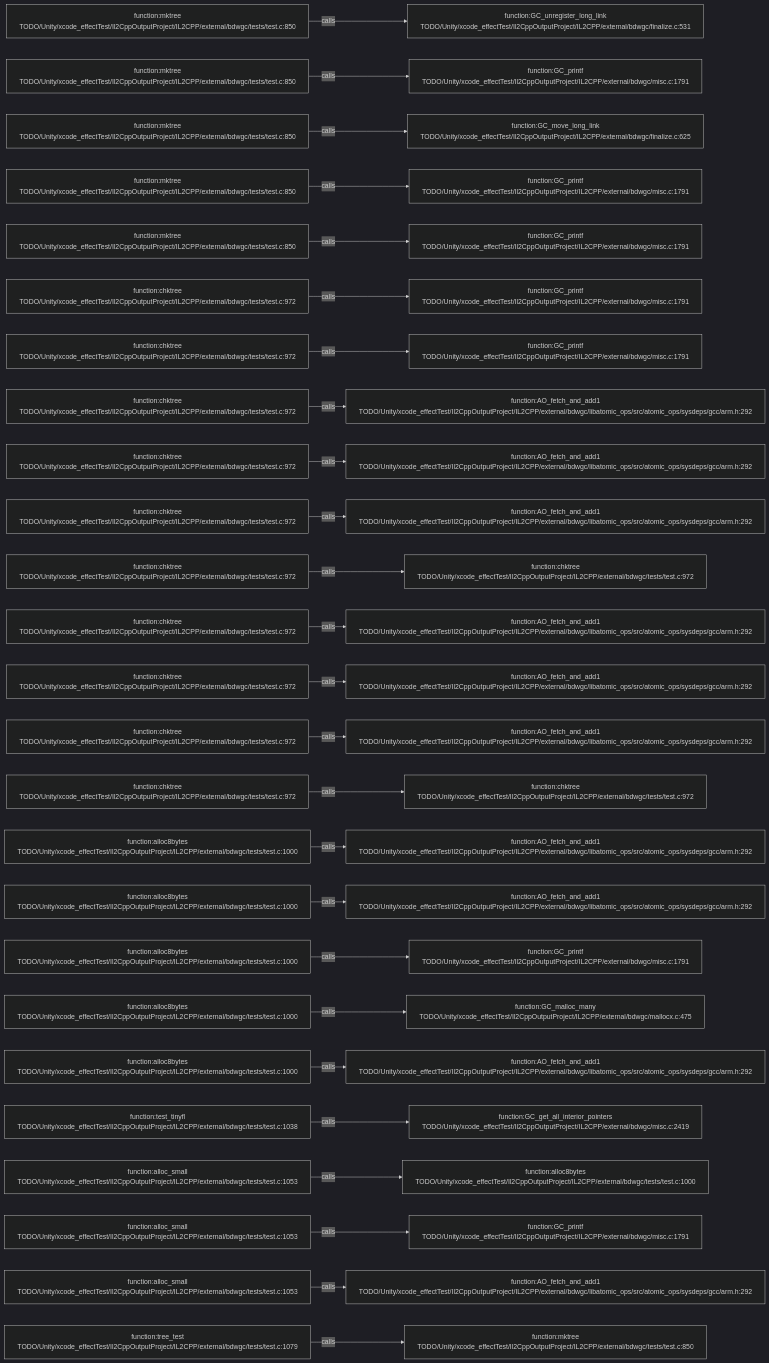
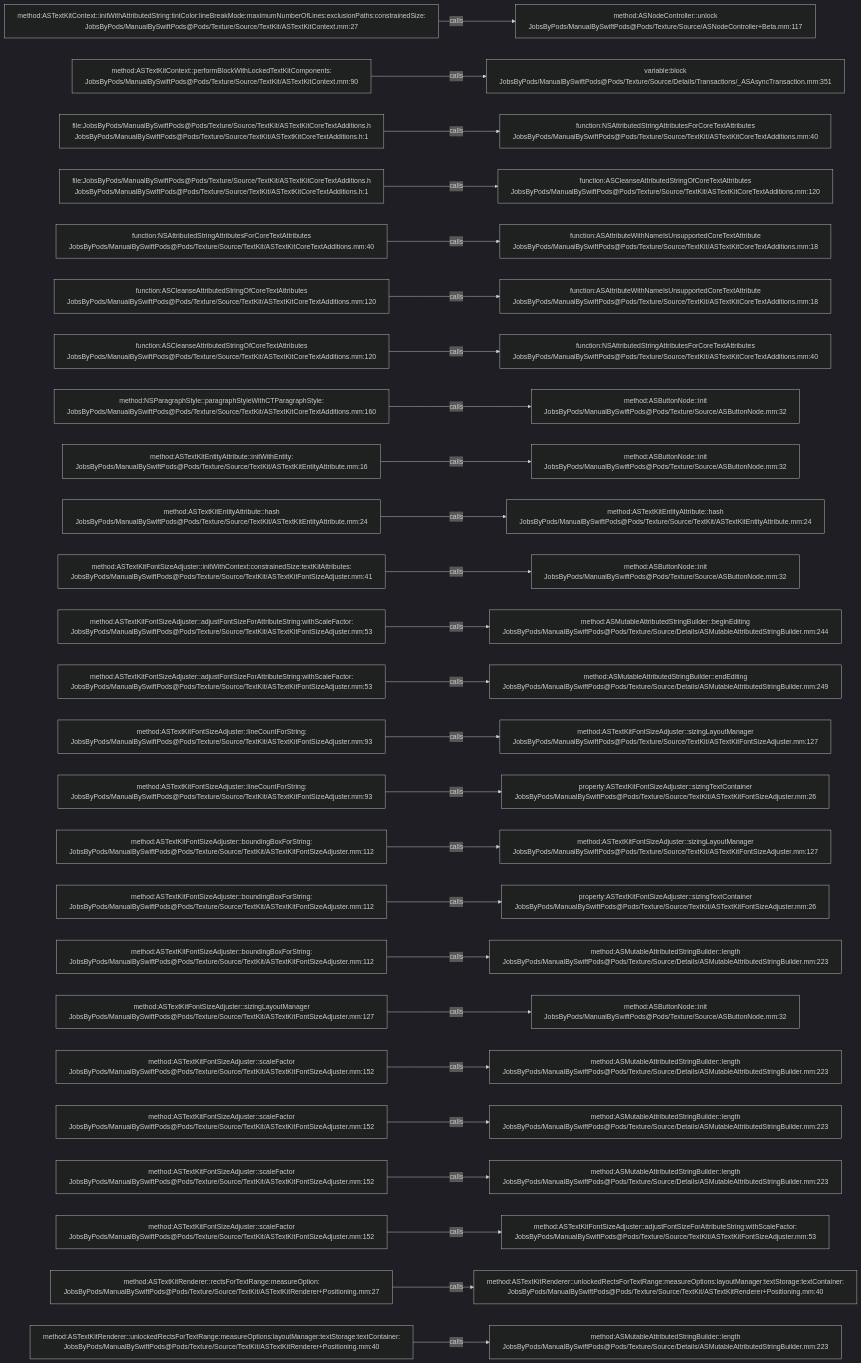
The diagram in .codegraph/codegraph.md/graphs/calls-167.md (JobsKits/JobsSwiftBaseConfigDemo), drawn with Mermaid (dark theme) before and after one commit. The commit also changed 2959 other files, not shown here.

````diff
--- a/.codegraph/codegraph.md/graphs/calls-167.md
+++ b/.codegraph/codegraph.md/graphs/calls-167.md
@@ -13,78 +13,78 @@
 ```mermaid
 flowchart LR
-  S1["function:mktree<br/>TODO/Unity/xcode_effectTest/Il2CppOutputProject/IL2CPP/external/bdwgc/tests/test.c:850"]
-  T1["function:GC_unregister_long_link<br/>TODO/Unity/xcode_effectTest/Il2CppOutputProject/IL2CPP/external/bdwgc/finalize.c:531"]
+  S1["method:ASTextKitContext::initWithAttributedString:tintColor:lineBreakMode:maximumNumberOfLines:exclusionPaths:constrainedSize:<br/>JobsByPods/ManualBySwiftPods@Pods/Texture/Source/TextKit/ASTextKitContext.mm:27"]
+  T1["method:ASNodeController::unlock<br/>JobsByPods/ManualBySwiftPods@Pods/Texture/Source/ASNodeController+Beta.mm:117"]
   S1 -->|calls| T1
-  S2["function:mktree<br/>TODO/Unity/xcode_effectTest/Il2CppOutputProject/IL2CPP/external/bdwgc/tests/test.c:850"]
-  T2["function:GC_printf<br/>TODO/Unity/xcode_effectTest/Il2CppOutputProject/IL2CPP/external/bdwgc/misc.c:1791"]
+  S2["method:ASTextKitContext::performBlockWithLockedTextKitComponents:<br/>JobsByPods/ManualBySwiftPods@Pods/Texture/Source/TextKit/ASTextKitContext.mm:90"]
+  T2["variable:block<br/>JobsByPods/ManualBySwiftPods@Pods/Texture/Source/Details/Transactions/_ASAsyncTransaction.mm:351"]
   S2 -->|calls| T2
-  S3["function:mktree<br/>TODO/Unity/xcode_effectTest/Il2CppOutputProject/IL2CPP/external/bdwgc/tests/test.c:850"]
-  T3["function:GC_move_long_link<br/>TODO/Unity/xcode_effectTest/Il2CppOutputProject/IL2CPP/external/bdwgc/finalize.c:625"]
+  S3["file:JobsByPods/ManualBySwiftPods@Pods/Texture/Source/TextKit/ASTextKitCoreTextAdditions.h<br/>JobsByPods/ManualBySwiftPods@Pods/Texture/Source/TextKit/ASTextKitCoreTextAdditions.h:1"]
+  T3["function:NSAttributedStringAttributesForCoreTextAttributes<br/>JobsByPods/ManualBySwiftPods@Pods/Texture/Source/TextKit/ASTextKitCoreTextAdditions.mm:40"]
   S3 -->|calls| T3
-  S4["function:mktree<br/>TODO/Unity/xcode_effectTest/Il2CppOutputProject/IL2CPP/external/bdwgc/tests/test.c:850"]
-  T4["function:GC_printf<br/>TODO/Unity/xcode_effectTest/Il2CppOutputProject/IL2CPP/external/bdwgc/misc.c:1791"]
+  S4["file:JobsByPods/ManualBySwiftPods@Pods/Texture/Source/TextKit/ASTextKitCoreTextAdditions.h<br/>JobsByPods/ManualBySwiftPods@Pods/Texture/Source/TextKit/ASTextKitCoreTextAdditions.h:1"]
+  T4["function:ASCleanseAttributedStringOfCoreTextAttributes<br/>JobsByPods/ManualBySwiftPods@Pods/Texture/Source/TextKit/ASTextKitCoreTextAdditions.mm:120"]
   S4 -->|calls| T4
-  S5["function:mktree<br/>TODO/Unity/xcode_effectTest/Il2CppOutputProject/IL2CPP/external/bdwgc/tests/test.c:850"]
-  T5["function:GC_printf<br/>TODO/Unity/xcode_effectTest/Il2CppOutputProject/IL2CPP/external/bdwgc/misc.c:1791"]
+  S5["function:NSAttributedStringAttributesForCoreTextAttributes<br/>JobsByPods/ManualBySwiftPods@Pods/Texture/Source/TextKit/ASTextKitCoreTextAdditions.mm:40"]
+  T5["function:ASAttributeWithNameIsUnsupportedCoreTextAttribute<br/>JobsByPods/ManualBySwiftPods@Pods/Texture/Source/TextKit/ASTextKitCoreTextAdditions.mm:18"]
   S5 -->|calls| T5
-  S6["function:chktree<br/>TODO/Unity/xcode_effectTest/Il2CppOutputProject/IL2CPP/external/bdwgc/tests/test.c:972"]
-  T6["function:GC_printf<br/>TODO/Unity/xcode_effectTest/Il2CppOutputProject/IL2CPP/external/bdwgc/misc.c:1791"]
+  S6["function:ASCleanseAttributedStringOfCoreTextAttributes<br/>JobsByPods/ManualBySwiftPods@Pods/Texture/Source/TextKit/ASTextKitCoreTextAdditions.mm:120"]
+  T6["function:ASAttributeWithNameIsUnsupportedCoreTextAttribute<br/>JobsByPods/ManualBySwiftPods@Pods/Texture/Source/TextKit/ASTextKitCoreTextAdditions.mm:18"]
   S6 -->|calls| T6
-  S7["function:chktree<br/>TODO/Unity/xcode_effectTest/Il2CppOutputProject/IL2CPP/external/bdwgc/tests/test.c:972"]
-  T7["function:GC_printf<br/>TODO/Unity/xcode_effectTest/Il2CppOutputProject/IL2CPP/external/bdwgc/misc.c:1791"]
+  S7["function:ASCleanseAttributedStringOfCoreTextAttributes<br/>JobsByPods/ManualBySwiftPods@Pods/Texture/Source/TextKit/ASTextKitCoreTextAdditions.mm:120"]
+  T7["function:NSAttributedStringAttributesForCoreTextAttributes<br/>JobsByPods/ManualBySwiftPods@Pods/Texture/Source/TextKit/ASTextKitCoreTextAdditions.mm:40"]
   S7 -->|calls| T7
-  S8["function:chktree<br/>TODO/Unity/xcode_effectTest/Il2CppOutputProject/IL2CPP/external/bdwgc/tests/test.c:972"]
-  T8["function:AO_fetch_and_add1<br/>TODO/Unity/xcode_effectTest/Il2CppOutputProject/IL2CPP/external/bdwgc/libatomic_ops/src/atomic_ops/sysdeps/gcc/arm.h:292"]
+  S8["method:NSParagraphStyle::paragraphStyleWithCTParagraphStyle:<br/>JobsByPods/ManualBySwiftPods@Pods/Texture/Source/TextKit/ASTextKitCoreTextAdditions.mm:160"]
+  T8["method:ASButtonNode::init<br/>JobsByPods/ManualBySwiftPods@Pods/Texture/Source/ASButtonNode.mm:32"]
   S8 -->|calls| T8
-  S9["function:chktree<br/>TODO/Unity/xcode_effectTest/Il2CppOutputProject/IL2CPP/external/bdwgc/tests/test.c:972"]
-  T9["function:AO_fetch_and_add1<br/>TODO/Unity/xcode_effectTest/Il2CppOutputProject/IL2CPP/external/bdwgc/libatomic_ops/src/atomic_ops/sysdeps/gcc/arm.h:292"]
+  S9["method:ASTextKitEntityAttribute::initWithEntity:<br/>JobsByPods/ManualBySwiftPods@Pods/Texture/Source/TextKit/ASTextKitEntityAttribute.mm:16"]
+  T9["method:ASButtonNode::init<br/>JobsByPods/ManualBySwiftPods@Pods/Texture/Source/ASButtonNode.mm:32"]
   S9 -->|calls| T9
-  S10["function:chktree<br/>TODO/Unity/xcode_effectTest/Il2CppOutputProject/IL2CPP/external/bdwgc/tests/test.c:972"]
-  T10["function:AO_fetch_and_add1<br/>TODO/Unity/xcode_effectTest/Il2CppOutputProject/IL2CPP/external/bdwgc/libatomic_ops/src/atomic_ops/sysdeps/gcc/arm.h:292"]
+  S10["method:ASTextKitEntityAttribute::hash<br/>JobsByPods/ManualBySwiftPods@Pods/Texture/Source/TextKit/ASTextKitEntityAttribute.mm:24"]
+  T10["method:ASTextKitEntityAttribute::hash<br/>JobsByPods/ManualBySwiftPods@Pods/Texture/Source/TextKit/ASTextKitEntityAttribute.mm:24"]
   S10 -->|calls| T10
-  S11["function:chktree<br/>TODO/Unity/xcode_effectTest/Il2CppOutputProject/IL2CPP/external/bdwgc/tests/test.c:972"]
-  T11["function:chktree<br/>TODO/Unity/xcode_effectTest/Il2CppOutputProject/IL2CPP/external/bdwgc/tests/test.c:972"]
+  S11["method:ASTextKitFontSizeAdjuster::initWithContext:constrainedSize:textKitAttributes:<br/>JobsByPods/ManualBySwiftPods@Pods/Texture/Source/TextKit/ASTextKitFontSizeAdjuster.mm:41"]
+  T11["method:ASButtonNode::init<br/>JobsByPods/ManualBySwiftPods@Pods/Texture/Source/ASButtonNode.mm:32"]
   S11 -->|calls| T11
-  S12["function:chktree<br/>TODO/Unity/xcode_effectTest/Il2CppOutputProject/IL2CPP/external/bdwgc/tests/test.c:972"]
-  T12["function:AO_fetch_and_add1<br/>TODO/Unity/xcode_effectTest/Il2CppOutputProject/IL2CPP/external/bdwgc/libatomic_ops/src/atomic_ops/sysdeps/gcc/arm.h:292"]
+  S12["method:ASTextKitFontSizeAdjuster::adjustFontSizeForAttributeString:withScaleFactor:<br/>JobsByPods/ManualBySwiftPods@Pods/Texture/Source/TextKit/ASTextKitFontSizeAdjuster.mm:53"]
+  T12["method:ASMutableAttributedStringBuilder::beginEditing<br/>JobsByPods/ManualBySwiftPods@Pods/Texture/Source/Details/ASMutableAttributedStringBuilder.mm:244"]
   S12 -->|calls| T12
-  S13["function:chktree<br/>TODO/Unity/xcode_effectTest/Il2CppOutputProject/IL2CPP/external/bdwgc/tests/test.c:972"]
-  T13["function:AO_fetch_and_add1<br/>TODO/Unity/xcode_effectTest/Il2CppOutputProject/IL2CPP/external/bdwgc/libatomic_ops/src/atomic_ops/sysdeps/gcc/arm.h:292"]
+  S13["method:ASTextKitFontSizeAdjuster::adjustFontSizeForAttributeString:withScaleFactor:<br/>JobsByPods/ManualBySwiftPods@Pods/Texture/Source/TextKit/ASTextKitFontSizeAdjuster.mm:53"]
+  T13["method:ASMutableAttributedStringBuilder::endEditing<br/>JobsByPods/ManualBySwiftPods@Pods/Texture/Source/Details/ASMutableAttributedStringBuilder.mm:249"]
   S13 -->|calls| T13
-  S14["function:chktree<br/>TODO/Unity/xcode_effectTest/Il2CppOutputProject/IL2CPP/external/bdwgc/tests/test.c:972"]
-  T14["function:AO_fetch_and_add1<br/>TODO/Unity/xcode_effectTest/Il2CppOutputProject/IL2CPP/external/bdwgc/libatomic_ops/src/atomic_ops/sysdeps/gcc/arm.h:292"]
+  S14["method:ASTextKitFontSizeAdjuster::lineCountForString:<br/>JobsByPods/ManualBySwiftPods@Pods/Texture/Source/TextKit/ASTextKitFontSizeAdjuster.mm:93"]
+  T14["method:ASTextKitFontSizeAdjuster::sizingLayoutManager<br/>JobsByPods/ManualBySwiftPods@Pods/Texture/Source/TextKit/ASTextKitFontSizeAdjuster.mm:127"]
   S14 -->|calls| T14
-  S15["function:chktree<br/>TODO/Unity/xcode_effectTest/Il2CppOutputProject/IL2CPP/external/bdwgc/tests/test.c:972"]
-  T15["function:chktree<br/>TODO/Unity/xcode_effectTest/Il2CppOutputProject/IL2CPP/external/bdwgc/tests/test.c:972"]
+  S15["method:ASTextKitFontSizeAdjuster::lineCountForString:<br/>JobsByPods/ManualBySwiftPods@Pods/Texture/Source/TextKit/ASTextKitFontSizeAdjuster.mm:93"]
+  T15["property:ASTextKitFontSizeAdjuster::sizingTextContainer<br/>JobsByPods/ManualBySwiftPods@Pods/Texture/Source/TextKit/ASTextKitFontSizeAdjuster.mm:26"]
   S15 -->|calls| T15
-  S16["function:alloc8bytes<br/>TODO/Unity/xcode_effectTest/Il2CppOutputProject/IL2CPP/external/bdwgc/tests/test.c:1000"]
-  T16["function:AO_fetch_and_add1<br/>TODO/Unity/xcode_effectTest/Il2CppOutputProject/IL2CPP/external/bdwgc/libatomic_ops/src/atomic_ops/sysdeps/gcc/arm.h:292"]
+  S16["method:ASTextKitFontSizeAdjuster::boundingBoxForString:<br/>JobsByPods/ManualBySwiftPods@Pods/Texture/Source/TextKit/ASTextKitFontSizeAdjuster.mm:112"]
+  T16["method:ASTextKitFontSizeAdjuster::sizingLayoutManager<br/>JobsByPods/ManualBySwiftPods@Pods/Texture/Source/TextKit/ASTextKitFontSizeAdjuster.mm:127"]
   S16 -->|calls| T16
-  S17["function:alloc8bytes<br/>TODO/Unity/xcode_effectTest/Il2CppOutputProject/IL2CPP/external/bdwgc/tests/test.c:1000"]
-  T17["function:AO_fetch_and_add1<br/>TODO/Unity/xcode_effectTest/Il2CppOutputProject/IL2CPP/external/bdwgc/libatomic_ops/src/atomic_ops/sysdeps/gcc/arm.h:292"]
+  S17["method:ASTextKitFontSizeAdjuster::boundingBoxForString:<br/>JobsByPods/ManualBySwiftPods@Pods/Texture/Source/TextKit/ASTextKitFontSizeAdjuster.mm:112"]
+  T17["property:ASTextKitFontSizeAdjuster::sizingTextContainer<br/>JobsByPods/ManualBySwiftPods@Pods/Texture/Source/TextKit/ASTextKitFontSizeAdjuster.mm:26"]
   S17 -->|calls| T17
-  S18["function:alloc8bytes<br/>TODO/Unity/xcode_effectTest/Il2CppOutputProject/IL2CPP/external/bdwgc/tests/test.c:1000"]
-  T18["function:GC_printf<br/>TODO/Unity/xcode_effectTest/Il2CppOutputProject/IL2CPP/external/bdwgc/misc.c:1791"]
+  S18["method:ASTextKitFontSizeAdjuster::boundingBoxForString:<br/>JobsByPods/ManualBySwiftPods@Pods/Texture/Source/TextKit/ASTextKitFontSizeAdjuster.mm:112"]
+  T18["method:ASMutableAttributedStringBuilder::length<br/>JobsByPods/ManualBySwiftPods@Pods/Texture/Source/Details/ASMutableAttributedStringBuilder.mm:223"]
   S18 -->|calls| T18
-  S19["function:alloc8bytes<br/>TODO/Unity/xcode_effectTest/Il2CppOutputProject/IL2CPP/external/bdwgc/tests/test.c:1000"]
-  T19["function:GC_malloc_many<br/>TODO/Unity/xcode_effectTest/Il2CppOutputProject/IL2CPP/external/bdwgc/mallocx.c:475"]
+  S19["method:ASTextKitFontSizeAdjuster::sizingLayoutManager<br/>JobsByPods/ManualBySwiftPods@Pods/Texture/Source/TextKit/ASTextKitFontSizeAdjuster.mm:127"]
+  T19["method:ASButtonNode::init<br/>JobsByPods/ManualBySwiftPods@Pods/Texture/Source/ASButtonNode.mm:32"]
   S19 -->|calls| T19
-  S20["function:alloc8bytes<br/>TODO/Unity/xcode_effectTest/Il2CppOutputProject/IL2CPP/external/bdwgc/tests/test.c:1000"]
-  T20["function:AO_fetch_and_add1<br/>TODO/Unity/xcode_effectTest/Il2CppOutputProject/IL2CPP/external/bdwgc/libatomic_ops/src/atomic_ops/sysdeps/gcc/arm.h:292"]
+  S20["method:ASTextKitFontSizeAdjuster::scaleFactor<br/>JobsByPods/ManualBySwiftPods@Pods/Texture/Source/TextKit/ASTextKitFontSizeAdjuster.mm:152"]
+  T20["method:ASMutableAttributedStringBuilder::length<br/>JobsByPods/ManualBySwiftPods@Pods/Texture/Source/Details/ASMutableAttributedStringBuilder.mm:223"]
   S20 -->|calls| T20
-  S21["function:test_tinyfl<br/>TODO/Unity/xcode_effectTest/Il2CppOutputProject/IL2CPP/external/bdwgc/tests/test.c:1038"]
-  T21["function:GC_get_all_interior_pointers<br/>TODO/Unity/xcode_effectTest/Il2CppOutputProject/IL2CPP/external/bdwgc/misc.c:2419"]
+  S21["method:ASTextKitFontSizeAdjuster::scaleFactor<br/>JobsByPods/ManualBySwiftPods@Pods/Texture/Source/TextKit/ASTextKitFontSizeAdjuster.mm:152"]
+  T21["method:ASMutableAttributedStringBuilder::length<br/>JobsByPods/ManualBySwiftPods@Pods/Texture/Source/Details/ASMutableAttributedStringBuilder.mm:223"]
   S21 -->|calls| T21
-  S22["function:alloc_small<br/>TODO/Unity/xcode_effectTest/Il2CppOutputProject/IL2CPP/external/bdwgc/tests/test.c:1053"]
-  T22["function:alloc8bytes<br/>TODO/Unity/xcode_effectTest/Il2CppOutputProject/IL2CPP/external/bdwgc/tests/test.c:1000"]
+  S22["method:ASTextKitFontSizeAdjuster::scaleFactor<br/>JobsByPods/ManualBySwiftPods@Pods/Texture/Source/TextKit/ASTextKitFontSizeAdjuster.mm:152"]
+  T22["method:ASMutableAttributedStringBuilder::length<br/>JobsByPods/ManualBySwiftPods@Pods/Texture/Source/Details/ASMutableAttributedStringBuilder.mm:223"]
   S22 -->|calls| T22
-  S23["function:alloc_small<br/>TODO/Unity/xcode_effectTest/Il2CppOutputProject/IL2CPP/external/bdwgc/tests/test.c:1053"]
-  T23["function:GC_printf<br/>TODO/Unity/xcode_effectTest/Il2CppOutputProject/IL2CPP/external/bdwgc/misc.c:1791"]
+  S23["method:ASTextKitFontSizeAdjuster::scaleFactor<br/>JobsByPods/ManualBySwiftPods@Pods/Texture/Source/TextKit/ASTextKitFontSizeAdjuster.mm:152"]
+  T23["method:ASTextKitFontSizeAdjuster::adjustFontSizeForAttributeString:withScaleFactor:<br/>JobsByPods/ManualBySwiftPods@Pods/Texture/Source/TextKit/ASTextKitFontSizeAdjuster.mm:53"]
   S23 -->|calls| T23
-  S24["function:alloc_small<br/>TODO/Unity/xcode_effectTest/Il2CppOutputProject/IL2CPP/external/bdwgc/tests/test.c:1053"]
-  T24["function:AO_fetch_and_add1<br/>TODO/Unity/xcode_effectTest/Il2CppOutputProject/IL2CPP/external/bdwgc/libatomic_ops/src/atomic_ops/sysdeps/gcc/arm.h:292"]
+  S24["method:ASTextKitRenderer::rectsForTextRange:measureOption:<br/>JobsByPods/ManualBySwiftPods@Pods/Texture/Source/TextKit/ASTextKitRenderer+Positioning.mm:27"]
+  T24["method:ASTextKitRenderer::unlockedRectsForTextRange:measureOptions:layoutManager:textStorage:textContainer:<br/>JobsByPods/ManualBySwiftPods@Pods/Texture/Source/TextKit/ASTextKitRenderer+Positioning.mm:40"]
   S24 -->|calls| T24
-  S25["function:tree_test<br/>TODO/Unity/xcode_effectTest/Il2CppOutputProject/IL2CPP/external/bdwgc/tests/test.c:1079"]
-  T25["function:mktree<br/>TODO/Unity/xcode_effectTest/Il2CppOutputProject/IL2CPP/external/bdwgc/tests/test.c:850"]
+  S25["method:ASTextKitRenderer::unlockedRectsForTextRange:measureOptions:layoutManager:textStorage:textContainer:<br/>JobsByPods/ManualBySwiftPods@Pods/Texture/Source/TextKit/ASTextKitRenderer+Positioning.mm:40"]
+  T25["method:ASMutableAttributedStringBuilder::length<br/>JobsByPods/ManualBySwiftPods@Pods/Texture/Source/Details/ASMutableAttributedStringBuilder.mm:223"]
   S25 -->|calls| T25
 ```
````
